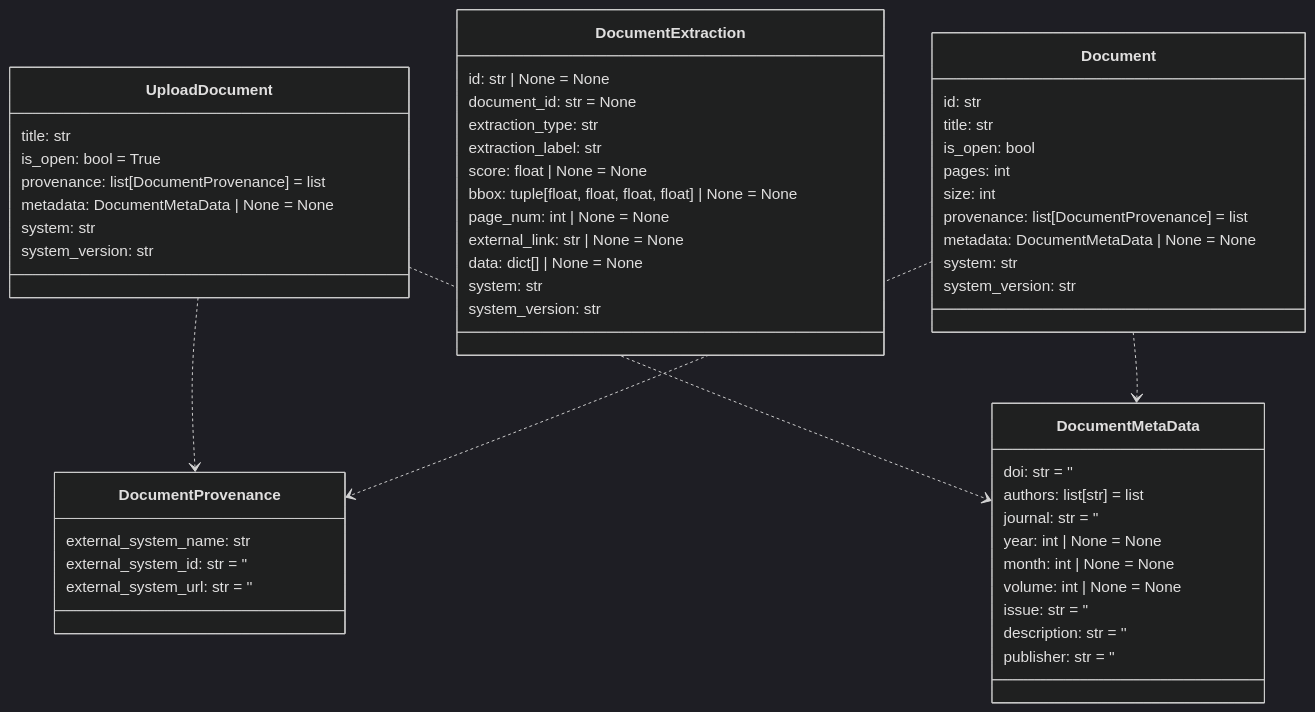
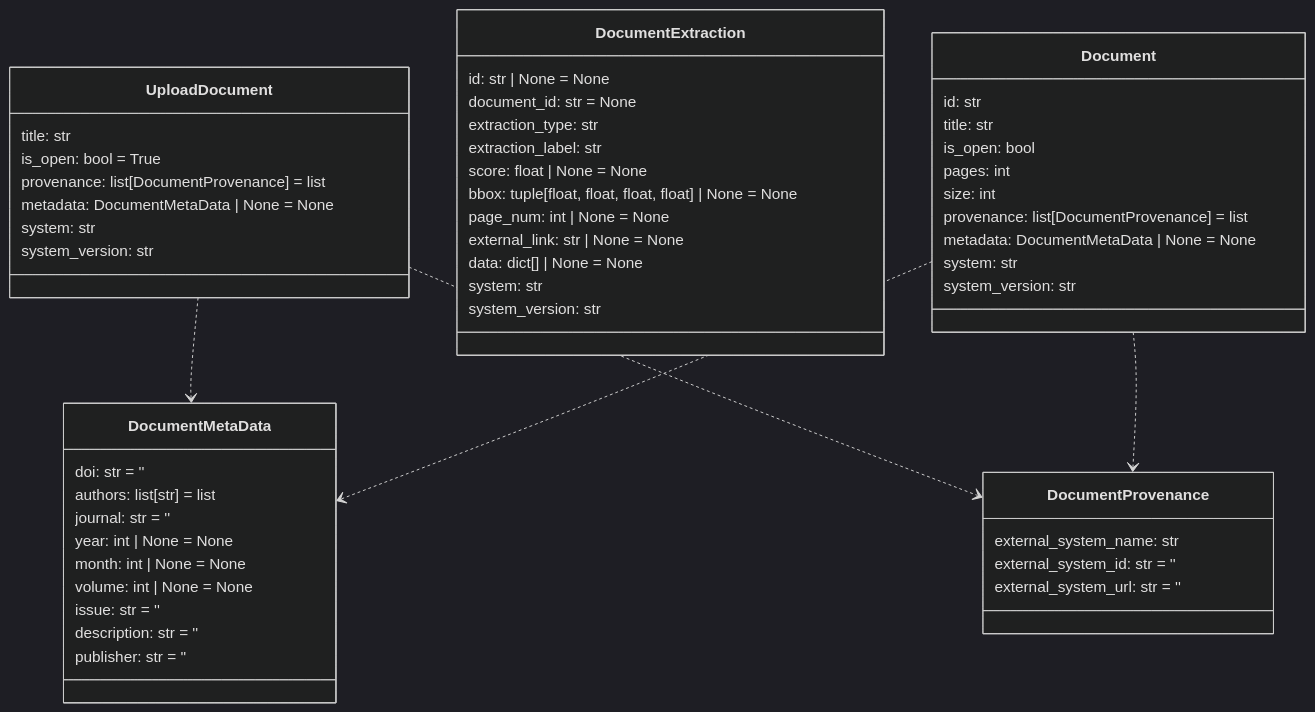
One commit to DARPA-CRITICALMAAS/cdr_schemas changed the ninth of 14 diagrams in README.md. Above: the diagram before and after it, drawn with Mermaid (dark theme). The commit also changed other lines of this file and 2 other files, not shown here.

````diff
--- a/README.md
+++ b/README.md
@@ -695,63 +695,63 @@
 ```mermaid
 classDiagram
 
-    class UploadDocument {
+    class Document {
+        id: str
         title: str
-        is_open: bool = True
+        is_open: bool
+        pages: int
+        size: int
         provenance: list[DocumentProvenance] = list
         metadata: DocumentMetaData | None = None
+        system: str
+        system_version: str
+    }
+
+    class DocumentExtraction {
+        id: str | None = None
+        document_id: str = None
+        extraction_type: str
+        extraction_label: str
+        score: float | None = None
+        bbox: tuple[float, float, float, float] | None = None
+        page_num: int | None = None
+        external_link: str | None = None
+        data: dict[] | None = None
         system: str
         system_version: str
     }
 
     class DocumentMetaData {
         doi: str = ''
         authors: list[str] = list
         journal: str = ''
         year: int | None = None
         month: int | None = None
         volume: int | None = None
         issue: str = ''
         description: str = ''
         publisher: str = ''
     }
 
     class DocumentProvenance {
         external_system_name: str
         external_system_id: str = ''
         external_system_url: str = ''
     }
 
-    class DocumentExtraction {
-        id: str | None = None
-        document_id: str = None
-        extraction_type: str
-        extraction_label: str
-        score: float | None = None
-        bbox: tuple[float, float, float, float] | None = None
-        page_num: int | None = None
-        external_link: str | None = None
-        data: dict[] | None = None
-        system: str
-        system_version: str
-    }
-
-    class Document {
-        id: str
+    class UploadDocument {
         title: str
-        is_open: bool
-        pages: int
-        size: int
+        is_open: bool = True
         provenance: list[DocumentProvenance] = list
         metadata: DocumentMetaData | None = None
         system: str
         system_version: str
     }
 
+    UploadDocument ..> DocumentMetaData
     UploadDocument ..> DocumentProvenance
-    UploadDocument ..> DocumentMetaData
+    Document ..> DocumentMetaData
     Document ..> DocumentProvenance
-    Document ..> DocumentMetaData
 
 
 ```
````
